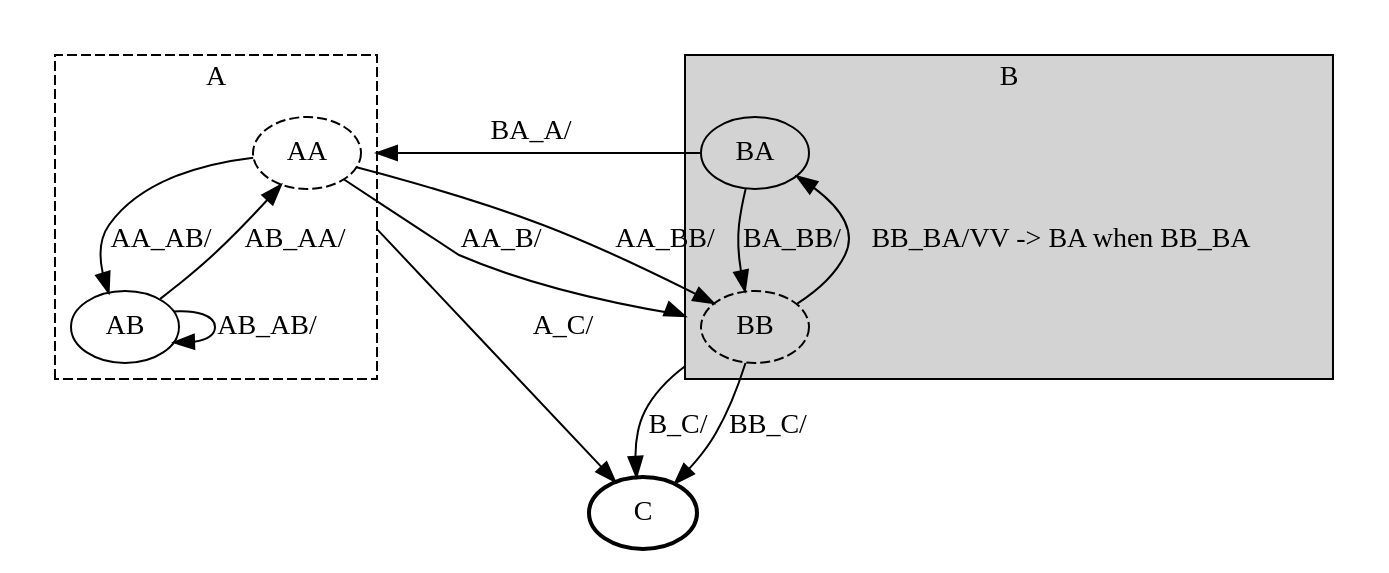
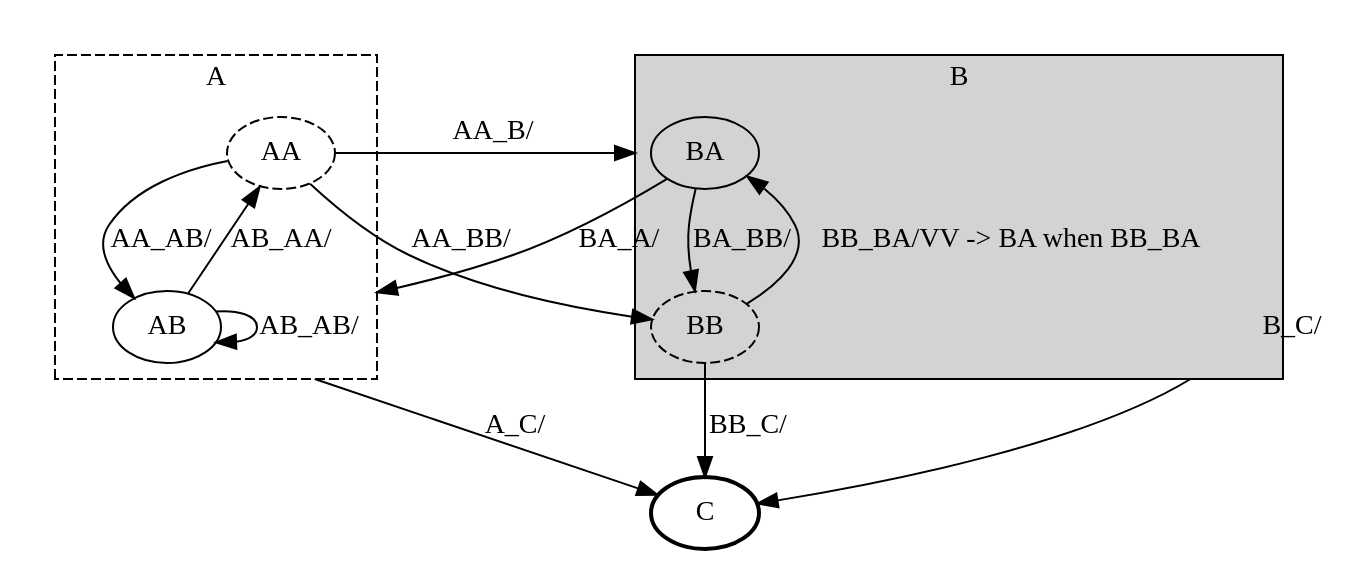
One commit to tangly-team/tangly-os changed the diagram in net.tangly.fsm/src/site/pics/fsm-test.dot. Above: the diagram before and after it, drawn with Graphviz. The commit also changed 2 other files, not shown here.

```diff
--- a/net.tangly.fsm/src/site/pics/fsm-test.dot
+++ b/net.tangly.fsm/src/site/pics/fsm-test.dot
@@ -1,34 +1,34 @@
 digraph G {
   compound=true;
 
   subgraph cluster1001 {
     style=invis;
     subgraph cluster1 {
       style="visible, dashed";
       label = "A"
       AA [style="dashed"];
       AB [];
     }
   }
   subgraph cluster1004 {
     style=invis;
     subgraph cluster4 {
       style="visible, filled";
       label = "B"
       BA [style="filled"];
       BB [style="dashed"];
     }
   }
   C [style="bold"];
-  AA -> C [ltail=cluster1, label="A_C/"];
+  AB -> C [ltail=cluster1, label="A_C/"];
   AA -> AB [label="AA_AB/"];
-  AA -> BB [lhead=cluster4, label="AA_B/"];
+  AA -> BA [lhead=cluster4, label="AA_B/"];
   AA -> BB [label="AA_BB/"];
   AB -> AA [label="AB_AA/"];
   AB -> AB [label="AB_AB/"];
-  BB -> C [ltail=cluster4, label="B_C/"];
-  BA -> AA [lhead=cluster1, label="BA_A/"];
+  BA -> C [ltail=cluster4, label="B_C/"];
+  BA -> AB [lhead=cluster1, label="BA_A/"];
   BA -> BB [label="BA_BB/"];
   BB -> BA [label="BB_BA/VV -> BA when BB_BA"];
   BB -> C [label="BB_C/"];
 }
```
